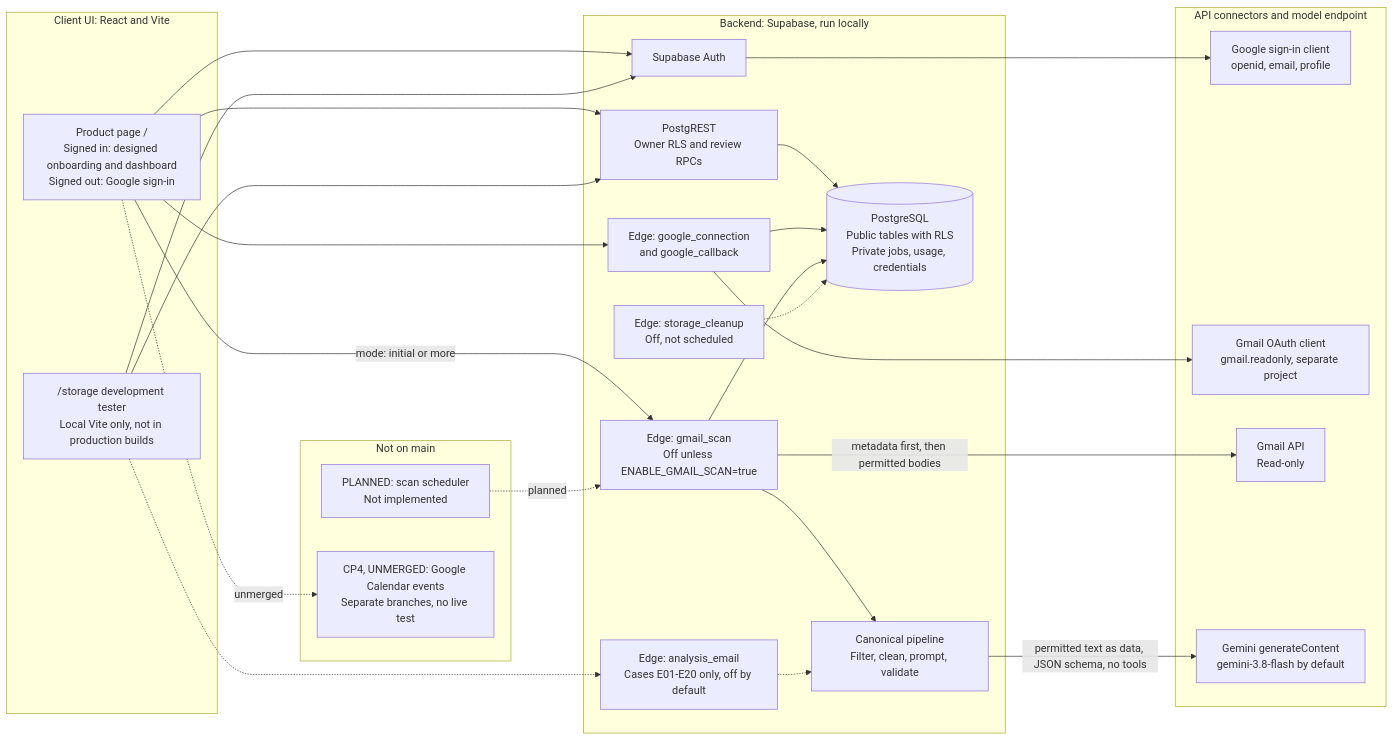
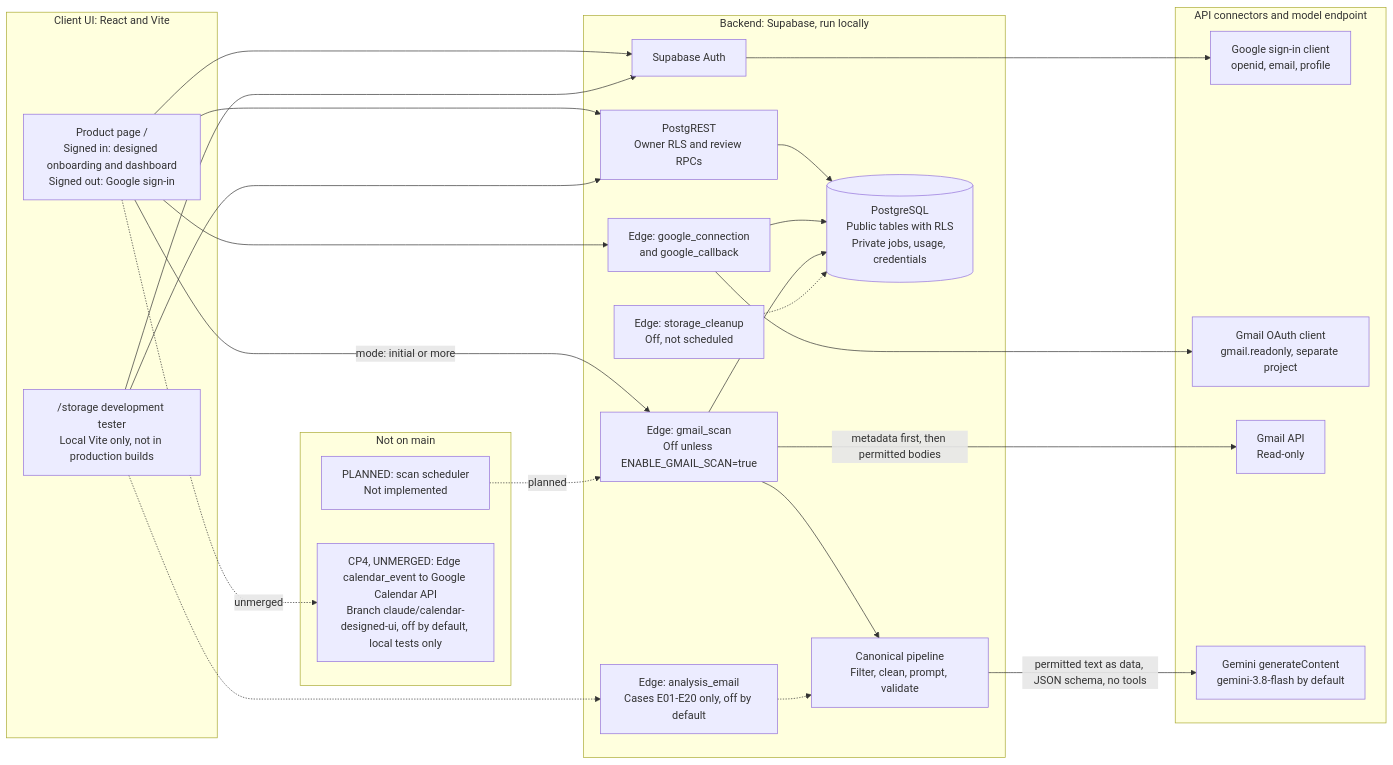
The first of 2 diagrams in Checkpoint 3/docs/architecture.md (saniashah012/InboxToTask), drawn with Mermaid before and after one commit. The commit also changed other lines of this file and 19 other files, not shown here.

First line of the commit message:
Bring the docs in line with the Calendar work on this branch

````diff
--- a/Checkpoint 3/docs/architecture.md
+++ b/Checkpoint 3/docs/architecture.md
@@ -21,50 +21,50 @@
 ```mermaid
 flowchart LR
   subgraph Client["Client UI: React and Vite"]
     Product["Product page /<br/>Signed in: designed onboarding and dashboard<br/>Signed out: Google sign-in"]
     Dev["/storage development tester<br/>Local Vite only, not in production builds"]
   end
 
   subgraph Backend["Backend: Supabase, run locally"]
     Auth["Supabase Auth"]
     Rest["PostgREST<br/>Owner RLS and review RPCs"]
     Connect["Edge: google_connection<br/>and google_callback"]
     Scan["Edge: gmail_scan<br/>Off unless ENABLE_GMAIL_SCAN=true"]
     Pipeline["Canonical pipeline<br/>Filter, clean, prompt, validate"]
     Fixture["Edge: analysis_email<br/>Cases E01-E20 only, off by default"]
     Cleanup["Edge: storage_cleanup<br/>Off, not scheduled"]
     DB[("PostgreSQL<br/>Public tables with RLS<br/>Private jobs, usage, credentials")]
   end
 
   subgraph External["API connectors and model endpoint"]
     SignIn["Google sign-in client<br/>openid, email, profile"]
     GmailOAuth["Gmail OAuth client<br/>gmail.readonly, separate project"]
     GmailAPI["Gmail API<br/>Read-only"]
     Gemini["Gemini generateContent<br/>gemini-3.8-flash by default"]
   end
 
   subgraph Absent["Not on main"]
     Scheduler["PLANNED: scan scheduler<br/>Not implemented"]
-    Calendar["CP4, UNMERGED: Google Calendar events<br/>Separate branches, no live test"]
+    Calendar["CP4, UNMERGED: Edge calendar_event to Google Calendar API<br/>Branch claude/calendar-designed-ui, off by default, local tests only"]
   end
 
   Product --> Auth
   Dev --> Auth
   Auth --> SignIn
   Product --> Rest
   Dev --> Rest
   Rest --> DB
   Product --> Connect
   Connect --> GmailOAuth
   Connect --> DB
   Product -- "mode: initial or more" --> Scan
   Scan --> DB
   Scan -- "metadata first, then permitted bodies" --> GmailAPI
   Scan --> Pipeline
   Pipeline -- "permitted text as data, JSON schema, no tools" --> Gemini
   Dev -.-> Fixture
   Fixture -.-> Pipeline
   Cleanup -.-> DB
   Scheduler -. "planned" .-> Scan
   Product -. "unmerged" .-> Calendar
 ```
````
